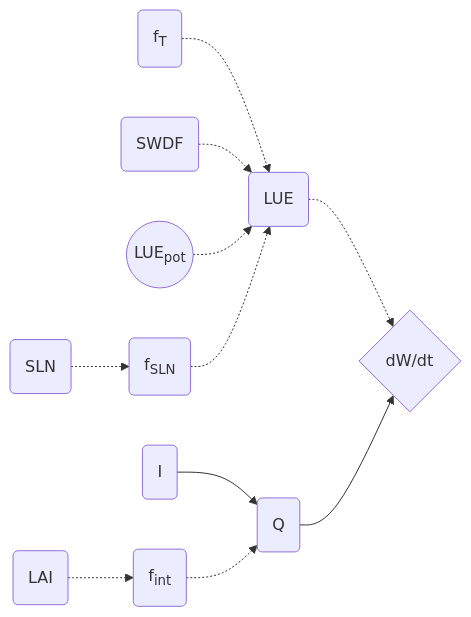
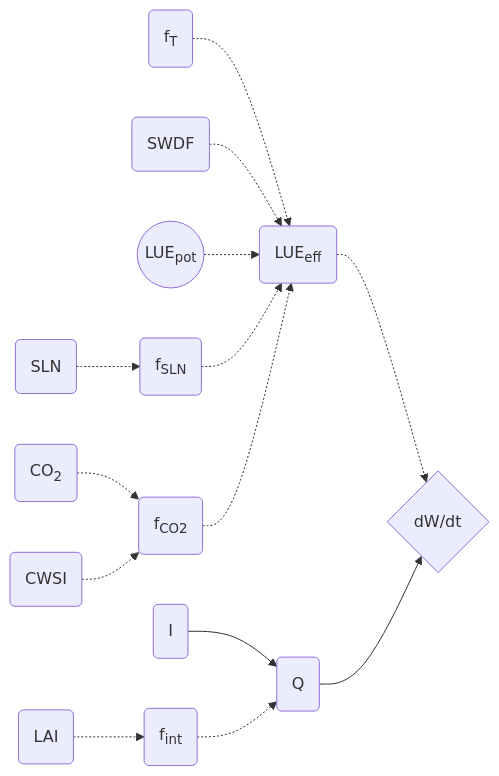
The diagram in HUMEWheatDocu.qmd (HenningKage/HumeWheatDoku), drawn with Mermaid before and after one commit. The commit also changed other lines of this file and 8 other files, not shown here.

````diff
--- a/HUMEWheatDocu.qmd
+++ b/HUMEWheatDocu.qmd
@@ -302,20 +297,23 @@
 ```{mermaid}
 %%| fig-cap: Calculation of daily dry matter production in HUMEWheat. 
 %%| fig-align: center
 %%| label: fig-Modelscheme
 %%| ref-label: Modelscheme
 
 flowchart LR
-  A(LUE) -.-> F
+  A(LUE<sub>eff</sup>) -.-> F
   C(f<sub>T</sup>) -.-> A
   D(SWDF) -.-> A
   E(Q) --> F{dW/dt}
   G(I) --> E
   H(f<sub>int</sub>) -.-> E
   I(LAI) -.-> H
   J((LUE<sub>pot</sub>)) -.-> A
   K(f<sub>SLN</sub>) -.-> A
   L(SLN) -.-> K
+  M(f<sub>CO2</sub>) -.-> A
+  N(CO<sub>2</sub>) -.-> M
+  O(CWSI) -.-> M
   
 
 ```
````
